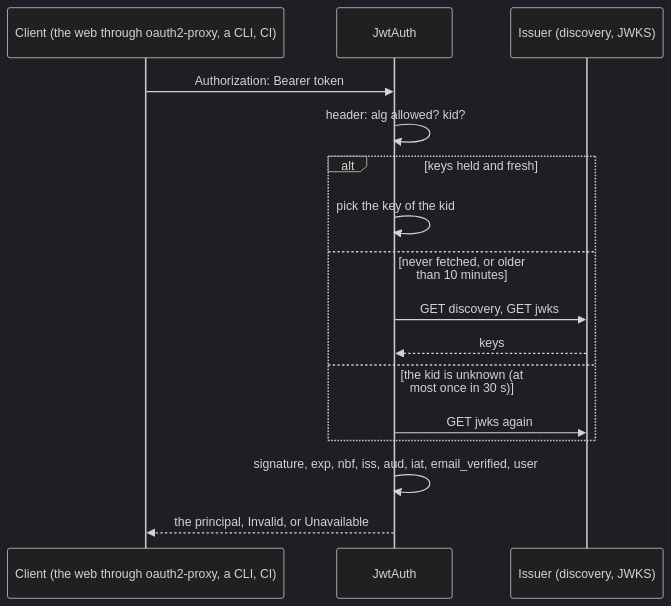
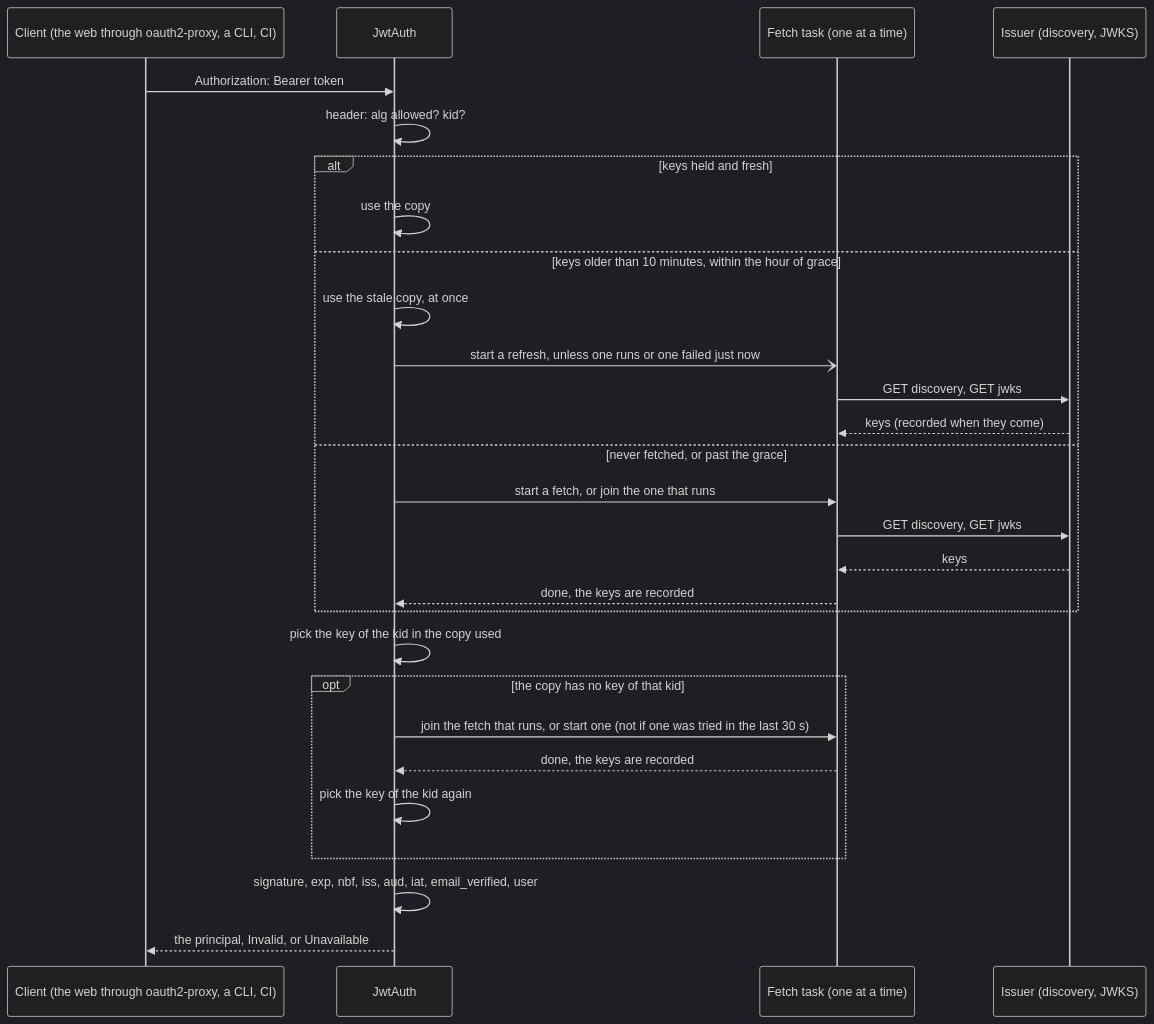
One commit to vymalo/another-agentic-system changed the first of 3 diagrams in orchestrator/crates/auth-jwt/README.md. Above: the diagram before and after it, drawn with Mermaid (dark theme). The commit also changed other lines of this file and 7 other files, not shown here.

First line of the commit message:
fix(auth-jwt): never hold the key lock across a fetch; serve a stale copy while refreshing (#262)

````diff
--- a/orchestrator/crates/auth-jwt/README.md
+++ b/orchestrator/crates/auth-jwt/README.md
@@ -19,18 +19,30 @@
 ```mermaid
 sequenceDiagram
   participant C as Client (the web through oauth2-proxy, a CLI, CI)
   participant A as JwtAuth
+  participant F as Fetch task (one at a time)
   participant I as Issuer (discovery, JWKS)
   C->>A: Authorization: Bearer token
   A->>A: header: alg allowed? kid?
   alt keys held and fresh
-    A->>A: pick the key of the kid
-  else never fetched, or older than 10 minutes
-    A->>I: GET discovery, GET jwks
-    I-->>A: keys
-  else the kid is unknown (at most once in 30 s)
-    A->>I: GET jwks again
+    A->>A: use the copy
+  else keys older than 10 minutes, within the hour of grace
+    A->>A: use the stale copy, at once
+    A-)F: start a refresh, unless one runs or one failed just now
+    F->>I: GET discovery, GET jwks
+    I-->>F: keys (recorded when they come)
+  else never fetched, or past the grace
+    A->>F: start a fetch, or join the one that runs
+    F->>I: GET discovery, GET jwks
+    I-->>F: keys
+    F-->>A: done, the keys are recorded
+  end
+  A->>A: pick the key of the kid in the copy used
+  opt the copy has no key of that kid
+    A->>F: join the fetch that runs, or start one (not if one was tried in the last 30 s)
+    F-->>A: done, the keys are recorded
+    A->>A: pick the key of the kid again
   end
   A->>A: signature, exp, nbf, iss, aud, iat, email_verified, user
   A-->>C: the principal, Invalid, or Unavailable
 ```
````
